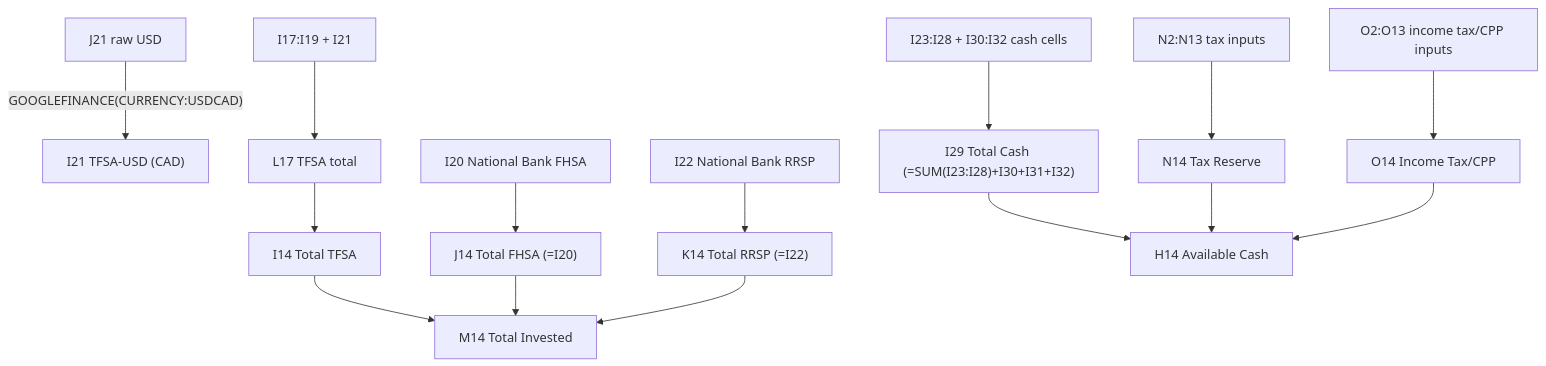
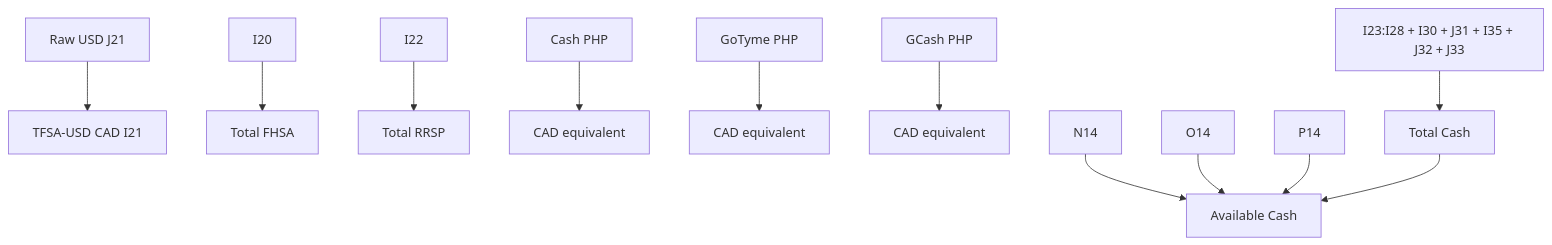
Before and after one commit to Geng-Geng8/personal-finance-assets: the diagram in docs/03_Google_Sheet_Data_Model.md, drawn with Mermaid. The commit also changed other lines of this file and 8 other files, not shown here.

````diff
--- a/docs/03_Google_Sheet_Data_Model.md
+++ b/docs/03_Google_Sheet_Data_Model.md
@@ -86,17 +178,14 @@
 ```mermaid
 flowchart TD
-    J21["J21 raw USD"] -->|"GOOGLEFINANCE(CURRENCY:USDCAD)"| I21["I21 TFSA-USD (CAD)"]
-    TFSA["I17:I19 + I21"] --> L17["L17 TFSA total"]
-    L17 --> I14["I14 Total TFSA"]
-    I20["I20 National Bank FHSA"] --> J14["J14 Total FHSA (=I20)"]
-    I22["I22 National Bank RRSP"] --> K14["K14 Total RRSP (=I22)"]
-    I14 --> M14["M14 Total Invested"]
-    J14 --> M14
-    K14 --> M14
-    CASH["I23:I28 + I30:I32 cash cells"] --> I29["I29 Total Cash (=SUM(I23:I28)+I30+I31+I32)"]
-    N["N2:N13 tax inputs"] --> N14["N14 Tax Reserve"]
-    O["O2:O13 income tax/CPP inputs"] --> O14["O14 Income Tax/CPP"]
-    I29 --> H14["H14 Available Cash"]
-    N14 --> H14
+    J21[Raw USD J21] --> I21[TFSA-USD CAD I21]
+    I20 --> J14[Total FHSA]
+    I22 --> K14[Total RRSP]
+    I31[Cash PHP] --> J31[CAD equivalent]
+    I32[GoTyme PHP] --> J32[CAD equivalent]
+    I33[GCash PHP] --> J33[CAD equivalent]
+    CASH[I23:I28 + I30 + J31 + I35 + J32 + J33] --> I29[Total Cash]
+    N14 --> H14[Available Cash]
     O14 --> H14
+    P14 --> H14
+    I29 --> H14
 ```
````
